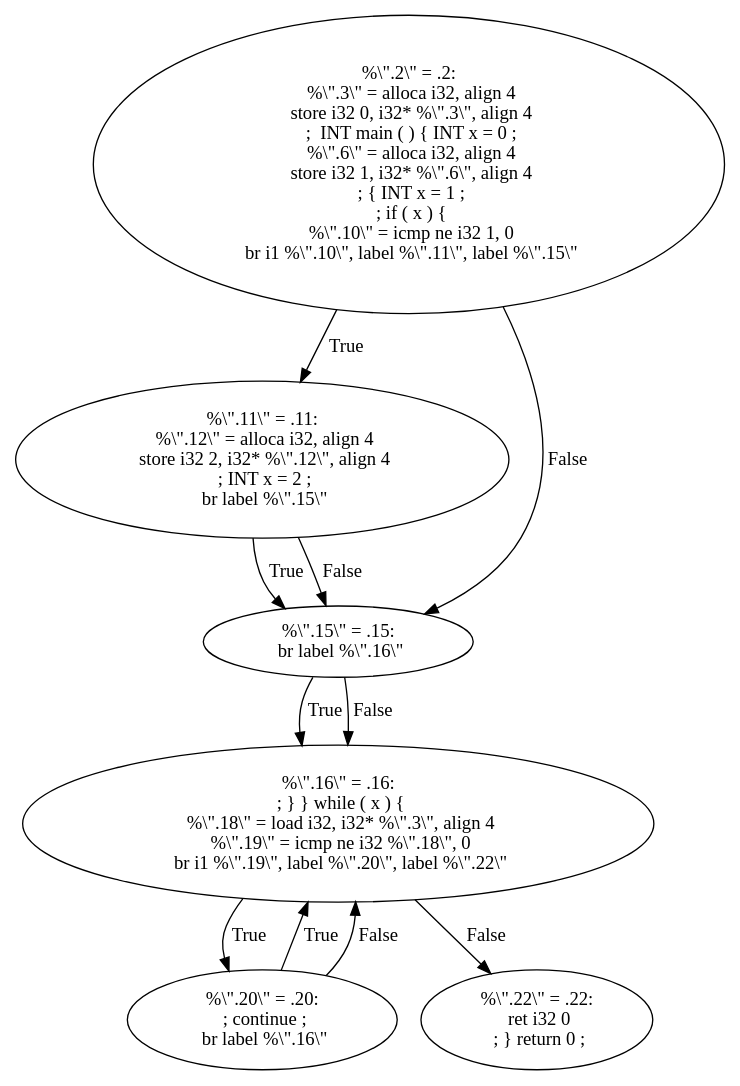
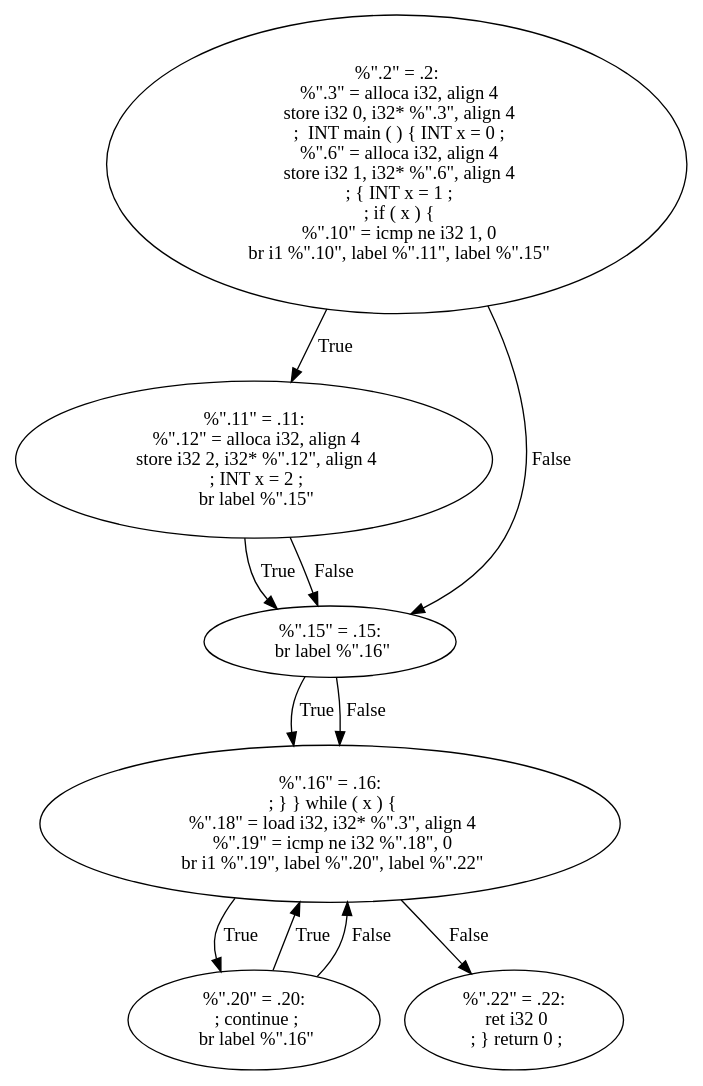
One commit to Are-you-listening/Compilers changed the diagram in example_source_files/29_scoping/29_scoping_cfg_main.dot. Above: the diagram before and after it, drawn with Graphviz. The commit also changed 278 other files, not shown here.

```diff
--- a/example_source_files/29_scoping/29_scoping_cfg_main.dot
+++ b/example_source_files/29_scoping/29_scoping_cfg_main.dot
@@ -1,40 +1,40 @@
 digraph AST {
-  "126527934269040" [label="%\\\".2\\\" = .2:
-  %\\\".3\\\" = alloca i32, align 4
-  store i32 0, i32* %\\\".3\\\", align 4
+  "139300269647008" [label="%\".2\" = .2:
+  %\".3\" = alloca i32, align 4
+  store i32 0, i32* %\".3\", align 4
   ;  INT main ( ) { INT x = 0 ;
-  %\\\".6\\\" = alloca i32, align 4
-  store i32 1, i32* %\\\".6\\\", align 4
+  %\".6\" = alloca i32, align 4
+  store i32 1, i32* %\".6\", align 4
   ; { INT x = 1 ;
   ; if ( x ) {
-  %\\\".10\\\" = icmp ne i32 1, 0
-  br i1 %\\\".10\\\", label %\\\".11\\\", label %\\\".15\\\""];
-  "126527934269040" -> "126527934279072" [label="True"];
-  "126527934269040" -> "126527934277248" [label="False"];
-  "126527934279072" [label="%\\\".11\\\" = .11:
-  %\\\".12\\\" = alloca i32, align 4
-  store i32 2, i32* %\\\".12\\\", align 4
+  %\".10\" = icmp ne i32 1, 0
+  br i1 %\".10\", label %\".11\", label %\".15\""];
+  "139300269647008" -> "139300269649936" [label="True"];
+  "139300269647008" -> "139300269639760" [label="False"];
+  "139300269649936" [label="%\".11\" = .11:
+  %\".12\" = alloca i32, align 4
+  store i32 2, i32* %\".12\", align 4
   ; INT x = 2 ;
-  br label %\\\".15\\\""];
-  "126527934279072" -> "126527934277248" [label="True"];
-  "126527934279072" -> "126527934277248" [label="False"];
-  "126527934277248" [label="%\\\".15\\\" = .15:
-  br label %\\\".16\\\""];
-  "126527934277248" -> "126527934279792" [label="True"];
-  "126527934277248" -> "126527934279792" [label="False"];
-  "126527934279792" [label="%\\\".16\\\" = .16:
+  br label %\".15\""];
+  "139300269649936" -> "139300269639760" [label="True"];
+  "139300269649936" -> "139300269639760" [label="False"];
+  "139300269639760" [label="%\".15\" = .15:
+  br label %\".16\""];
+  "139300269639760" -> "139300269638224" [label="True"];
+  "139300269639760" -> "139300269638224" [label="False"];
+  "139300269638224" [label="%\".16\" = .16:
   ; } } while ( x ) {
-  %\\\".18\\\" = load i32, i32* %\\\".3\\\", align 4
-  %\\\".19\\\" = icmp ne i32 %\\\".18\\\", 0
-  br i1 %\\\".19\\\", label %\\\".20\\\", label %\\\".22\\\""];
-  "126527934279792" -> "126527934274032" [label="True"];
-  "126527934279792" -> "126527934279552" [label="False"];
-  "126527934274032" [label="%\\\".20\\\" = .20:
+  %\".18\" = load i32, i32* %\".3\", align 4
+  %\".19\" = icmp ne i32 %\".18\", 0
+  br i1 %\".19\", label %\".20\", label %\".22\""];
+  "139300269638224" -> "139300269641152" [label="True"];
+  "139300269638224" -> "139300269640144" [label="False"];
+  "139300269641152" [label="%\".20\" = .20:
   ; continue ;
-  br label %\\\".16\\\""];
-  "126527934274032" -> "126527934279792" [label="True"];
-  "126527934274032" -> "126527934279792" [label="False"];
-  "126527934279552" [label="%\\\".22\\\" = .22:
+  br label %\".16\""];
+  "139300269641152" -> "139300269638224" [label="True"];
+  "139300269641152" -> "139300269638224" [label="False"];
+  "139300269640144" [label="%\".22\" = .22:
   ret i32 0
   ; } return 0 ;"];
 }
```
